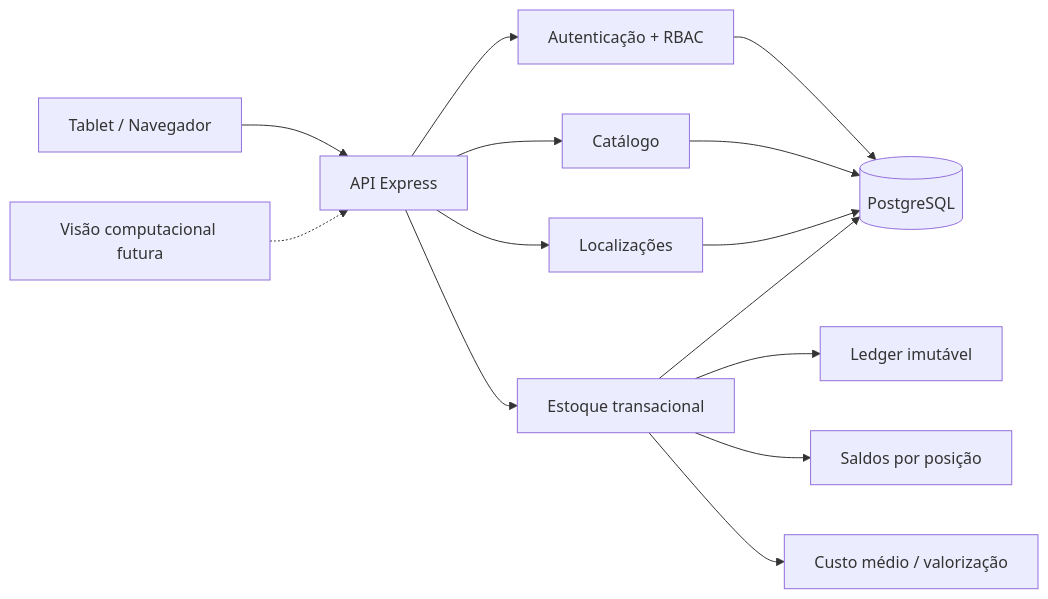
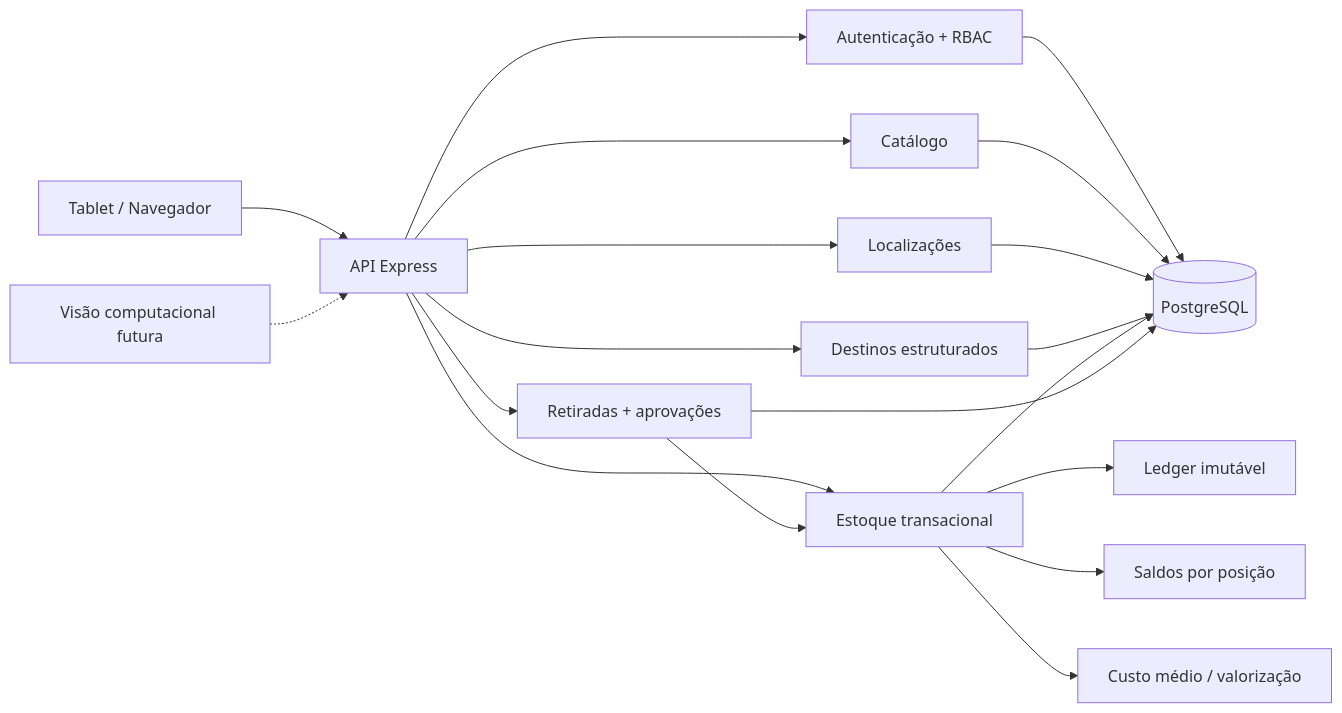
Before and after one commit to tombemol/A.L.M.A: the diagram in README.md, drawn with Mermaid. The commit also changed other lines of this file and 27 other files, not shown here.

First line of the commit message:
feat: concluir Fase 1D com retiradas e aprovações (#4)

````diff
--- a/README.md
+++ b/README.md
@@ -62,16 +64,21 @@
 ```mermaid
 flowchart LR
   T[Tablet / Navegador] --> API[API Express]
   API --> AUTH[Autenticação + RBAC]
   API --> CAT[Catálogo]
   API --> LOC[Localizações]
   API --> INV[Estoque transacional]
+  API --> DEST[Destinos estruturados]
+  API --> WD[Retiradas + aprovações]
   AUTH --> DB[(PostgreSQL)]
   CAT --> DB
   LOC --> DB
+  DEST --> DB
   INV --> DB
+  WD --> DB
+  WD --> INV
   INV --> LEDGER[Ledger imutável]
   INV --> BAL[Saldos por posição]
   INV --> VAL[Custo médio / valorização]
   V[Visão computacional futura] -.-> API
 ```
````
